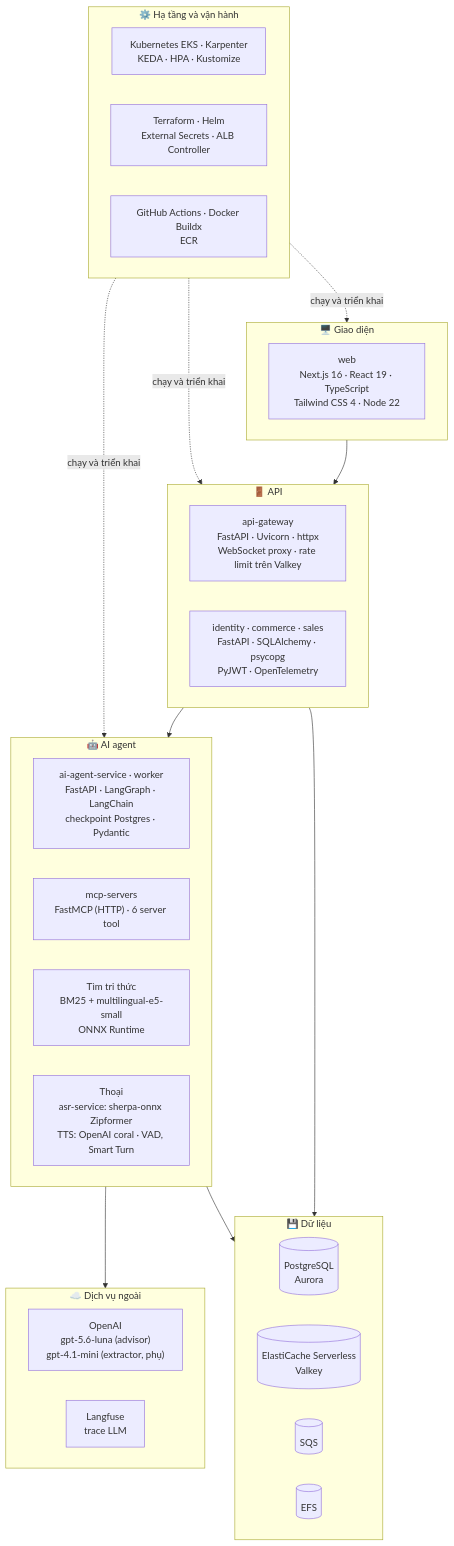
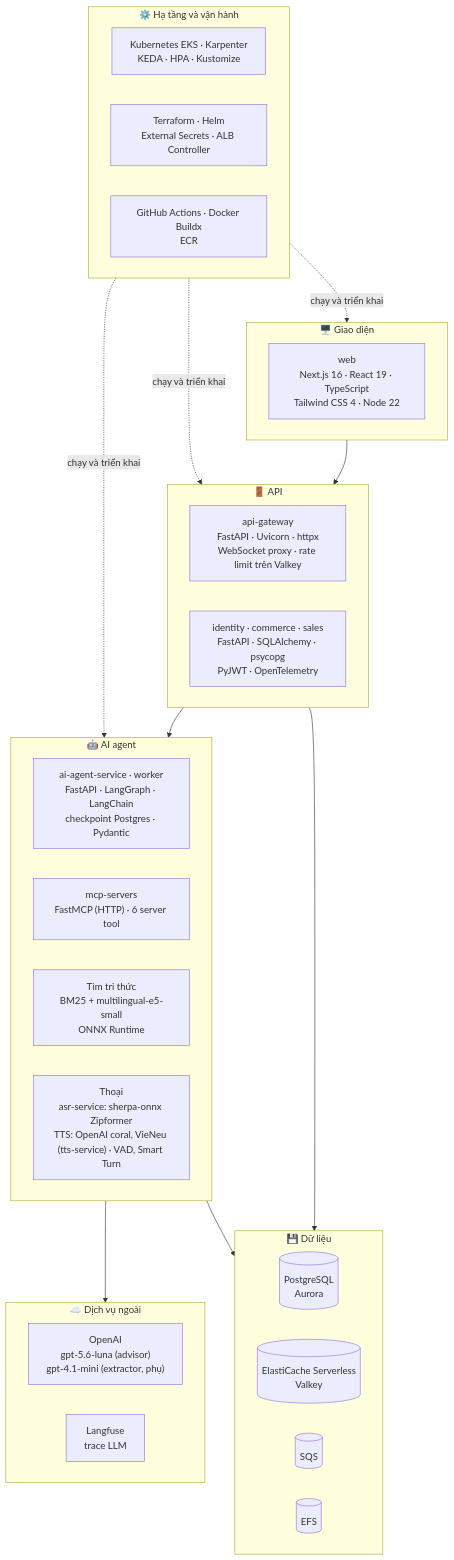
The second of 5 diagrams in docs/deployment/eks-architecture.md (queenley/capstone_sudocode2026), drawn with Mermaid before and after one commit. The commit also changed other lines of this file and 30 other files, not shown here.

First line of the commit message:
FIX: Carry out customer data deletions on EKS; VieNeu as its own service; a product hero

````diff
--- a/docs/deployment/eks-architecture.md
+++ b/docs/deployment/eks-architecture.md
@@ -67,41 +67,41 @@
 ```mermaid
 flowchart TB
     subgraph FE["🖥️ Giao diện"]
         WEBT["web<br/>Next.js 16 · React 19 · TypeScript<br/>Tailwind CSS 4 · Node 22"]
     end
 
     subgraph API["🚪 API"]
         GWT["api-gateway<br/>FastAPI · Uvicorn · httpx<br/>WebSocket proxy · rate limit trên Valkey"]
         SVCT["identity · commerce · sales<br/>FastAPI · SQLAlchemy · psycopg<br/>PyJWT · OpenTelemetry"]
     end
 
     subgraph AIL["🤖 AI agent"]
         AGT["ai-agent-service · worker<br/>FastAPI · LangGraph · LangChain<br/>checkpoint Postgres · Pydantic"]
         MCPT["mcp-servers<br/>FastMCP (HTTP) · 6 server tool"]
         KBT["Tìm tri thức<br/>BM25 + multilingual-e5-small<br/>ONNX Runtime"]
-        VOT["Thoại<br/>asr-service: sherpa-onnx Zipformer<br/>TTS: OpenAI coral · VAD, Smart Turn"]
+        VOT["Thoại<br/>asr-service: sherpa-onnx Zipformer<br/>TTS: OpenAI coral, VieNeu (tts-service) · VAD, Smart Turn"]
     end
 
     subgraph EXT["☁️ Dịch vụ ngoài"]
         LLMT["OpenAI<br/>gpt-5.6-luna (advisor)<br/>gpt-4.1-mini (extractor, phụ)"]
         LFT["Langfuse<br/>trace LLM"]
     end
 
     subgraph DATAT["💾 Dữ liệu"]
         PGT[("PostgreSQL<br/>Aurora")]
         RDT[("ElastiCache Serverless<br/>Valkey")]
         SQT[("SQS")]
         EFT[("EFS")]
     end
 
     subgraph INF["⚙️ Hạ tầng và vận hành"]
         K8T["Kubernetes EKS · Karpenter<br/>KEDA · HPA · Kustomize"]
         IACT["Terraform · Helm<br/>External Secrets · ALB Controller"]
         CIT["GitHub Actions · Docker Buildx<br/>ECR"]
     end
 
     FE --> API --> AIL
     AIL --> EXT
     API & AIL --> DATAT
     INF -.->|"chạy và triển khai"| FE & API & AIL
 ```
````
